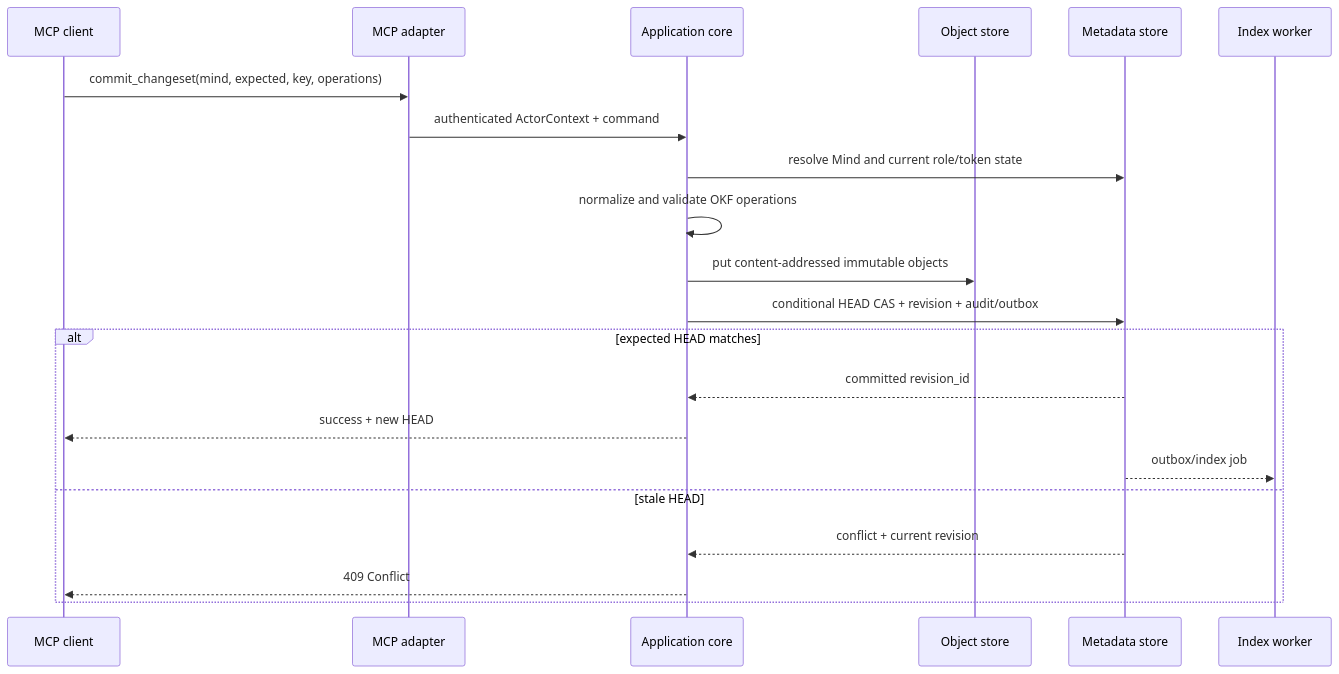
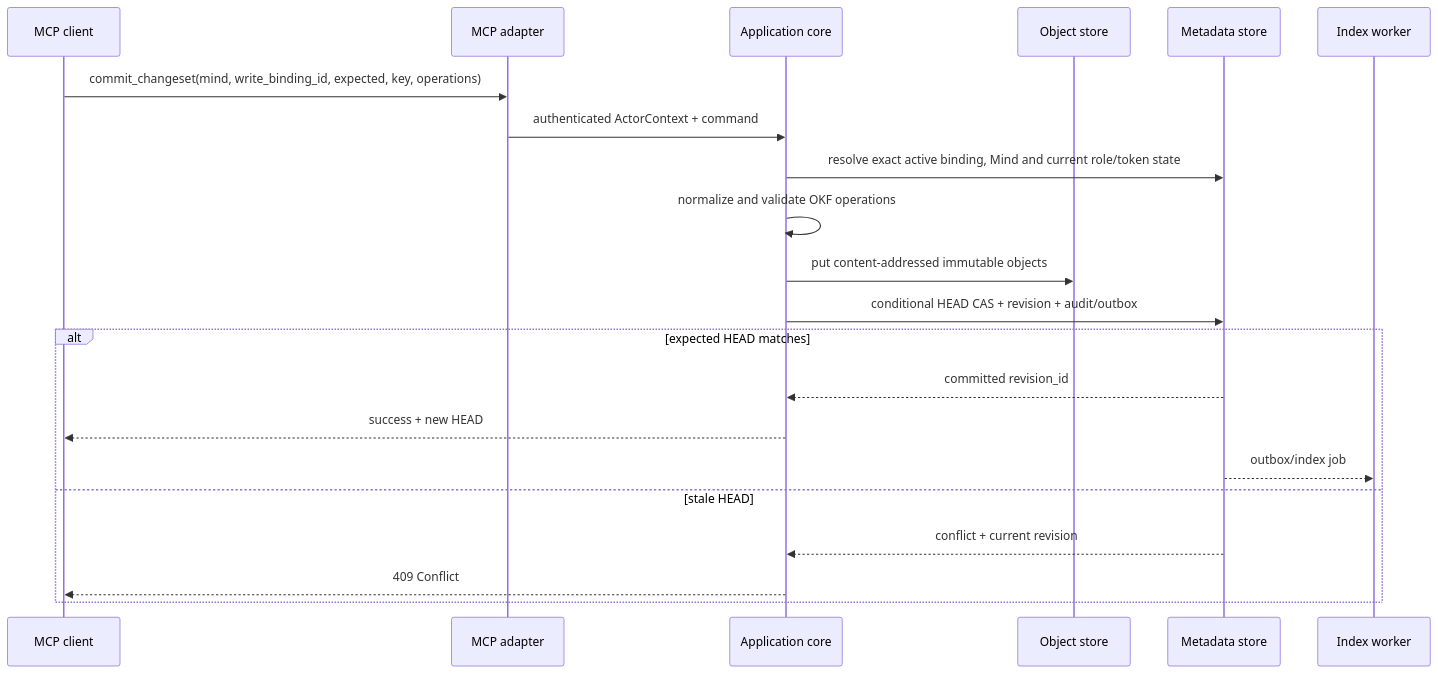
Before and after one commit to xxsrez/MindDiary: the second of 2 diagrams in docs/architecture.md, drawn with Mermaid. The commit also changed other lines of this file and 14 other files, not shown here.

Commit message:
MD-229 define Mind binding contract

````diff
--- a/docs/architecture.md
+++ b/docs/architecture.md
@@ -401,24 +410,24 @@
 ```mermaid
 sequenceDiagram
     participant A as MCP client
     participant M as MCP adapter
     participant C as Application core
     participant O as Object store
     participant D as Metadata store
     participant W as Index worker
 
-    A->>M: commit_changeset(mind, expected, key, operations)
+    A->>M: commit_changeset(mind, write_binding_id, expected, key, operations)
     M->>C: authenticated ActorContext + command
-    C->>D: resolve Mind and current role/token state
+    C->>D: resolve exact active binding, Mind and current role/token state
     C->>C: normalize and validate OKF operations
     C->>O: put content-addressed immutable objects
     C->>D: conditional HEAD CAS + revision + audit/outbox
     alt expected HEAD matches
         D-->>C: committed revision_id
         C-->>A: success + new HEAD
         D-->>W: outbox/index job
     else stale HEAD
         D-->>C: conflict + current revision
         C-->>A: 409 Conflict
     end
 ```
````
